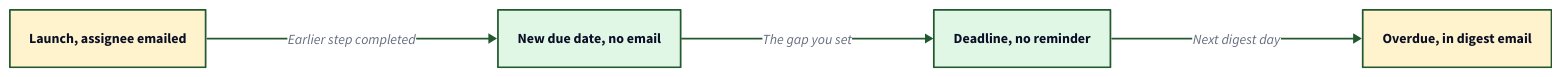
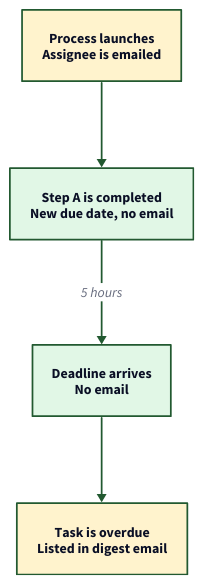
Before and after one commit to tallyfy/documentation: the second of 2 diagrams in src/content/docs/pro/documenting/templates/edit-templates/step-timings.mdx, drawn with D2. The commit also changed other lines of this file and 13 other files, not shown here.

First line of the commit message:
Redraw 16 diagrams on 14 pages so they read at full size

````diff
--- a/src/content/docs/pro/documenting/templates/edit-templates/step-timings.mdx
+++ b/src/content/docs/pro/documenting/templates/edit-templates/step-timings.mdx
@@ -192,34 +192,34 @@
 ```d2
 # One task over time, and which moments send an email
-direction: right
+direction: down
 
-Launch: "Launch, assignee emailed" {
+Launch: "Process launches\nAssignee is emailed" {
   style.fill: "#fff3cd"
   style.stroke: "#225930"
 }
 
-Earlier: "New due date, no email" {
+StepA: "Step A is completed\nNew due date, no email" {
   style.fill: "#e1f7e6"
   style.stroke: "#225930"
 }
 
-Due: "Deadline, no reminder" {
+Due: "Deadline arrives\nNo email" {
   style.fill: "#e1f7e6"
   style.stroke: "#225930"
 }
 
-Late: "Overdue, in digest email" {
+Late: "Task is overdue\nListed in digest email" {
   style.fill: "#fff3cd"
   style.stroke: "#225930"
 }
 
-Launch -> Earlier: Earlier step completed {
+Launch -> StepA: {
   style.stroke: "#225930"
 }
-Earlier -> Due: The gap you set {
+StepA -> Due: "5 hours" {
   style.stroke: "#225930"
 }
-Due -> Late: Next digest day {
+Due -> Late: {
   style.stroke: "#225930"
 }
 ```
````
